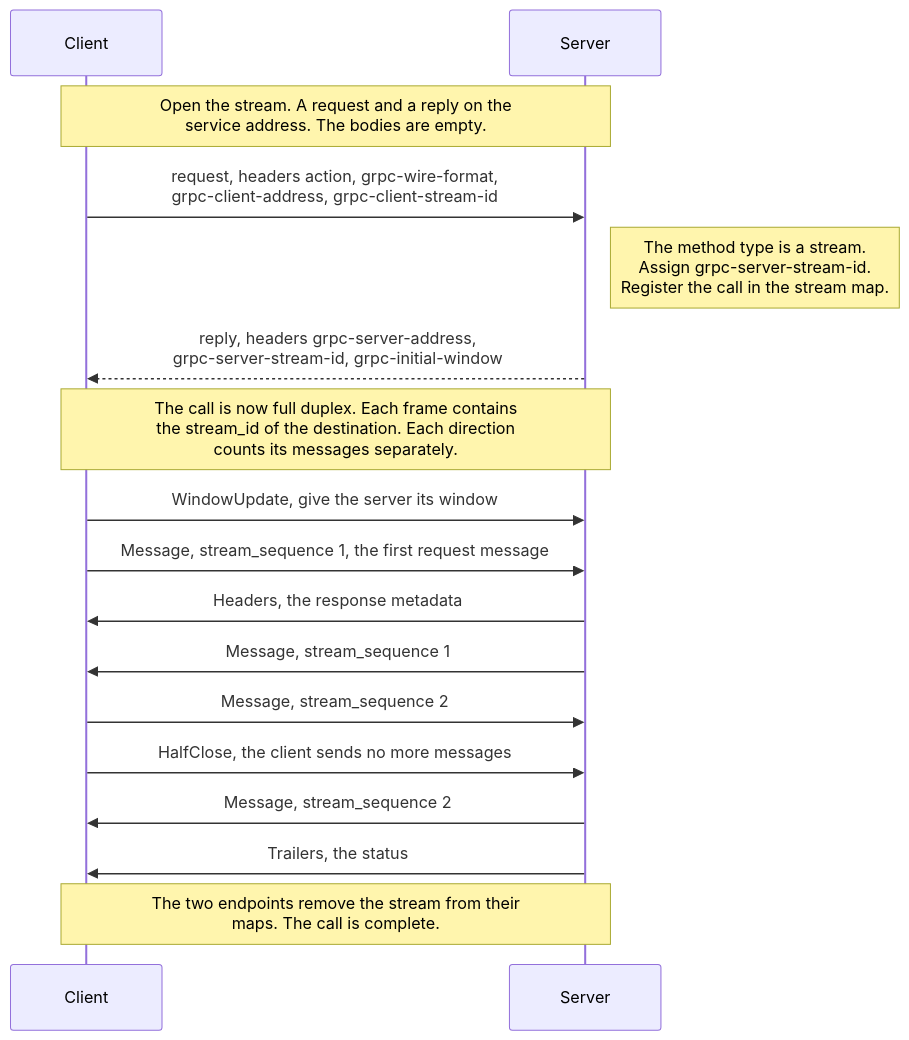
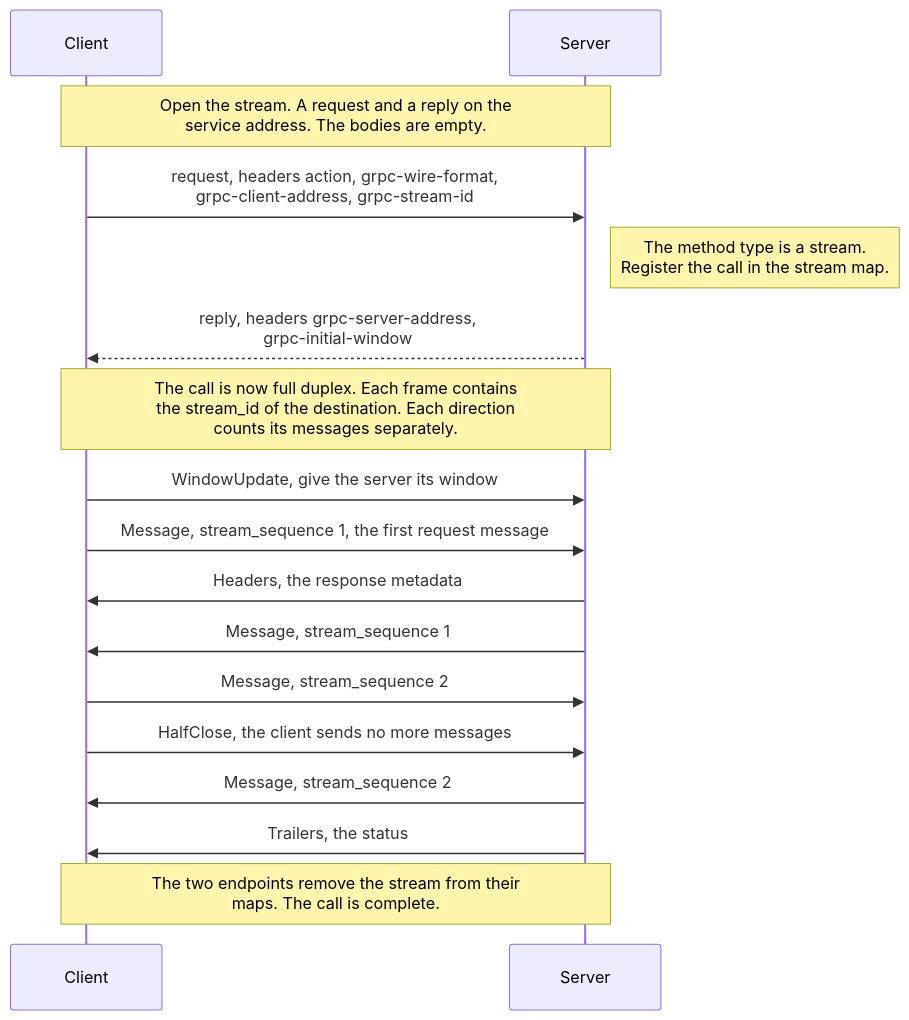
One commit to eclipse-vertx/vertx-grpc changed the diagram in vertx-grpc-eventbus/README.md. Above: the diagram before and after it, drawn with Mermaid. The commit also changed other lines of this file and 7 other files, not shown here.

````diff
--- a/vertx-grpc-eventbus/README.md
+++ b/vertx-grpc-eventbus/README.md
@@ -157,21 +156,21 @@
 ```mermaid
 sequenceDiagram
     participant C as Client
     participant S as Server
 
     Note over C,S: Open the stream. A request and a reply on the<br/>service address. The bodies are empty.
-    C->>S: request, headers action, grpc-wire-format,<br/>grpc-client-address, grpc-client-stream-id
-    Note right of S: The method type is a stream.<br/>Assign grpc-server-stream-id.<br/>Register the call in the stream map.
-    S-->>C: reply, headers grpc-server-address,<br/>grpc-server-stream-id, grpc-initial-window
+    C->>S: request, headers action, grpc-wire-format,<br/>grpc-client-address, grpc-stream-id
+    Note right of S: The method type is a stream.<br/>Register the call in the stream map.
+    S-->>C: reply, headers grpc-server-address,<br/> grpc-initial-window
 
     Note over C,S: The call is now full duplex. Each frame contains<br/>the stream_id of the destination. Each direction<br/>counts its messages separately.
     C->>S: WindowUpdate, give the server its window
     C->>S: Message, stream_sequence 1, the first request message
     S->>C: Headers, the response metadata
     S->>C: Message, stream_sequence 1
     C->>S: Message, stream_sequence 2
     C->>S: HalfClose, the client sends no more messages
     S->>C: Message, stream_sequence 2
     S->>C: Trailers, the status
     Note over C,S: The two endpoints remove the stream from their<br/>maps. The call is complete.
 ```
````
